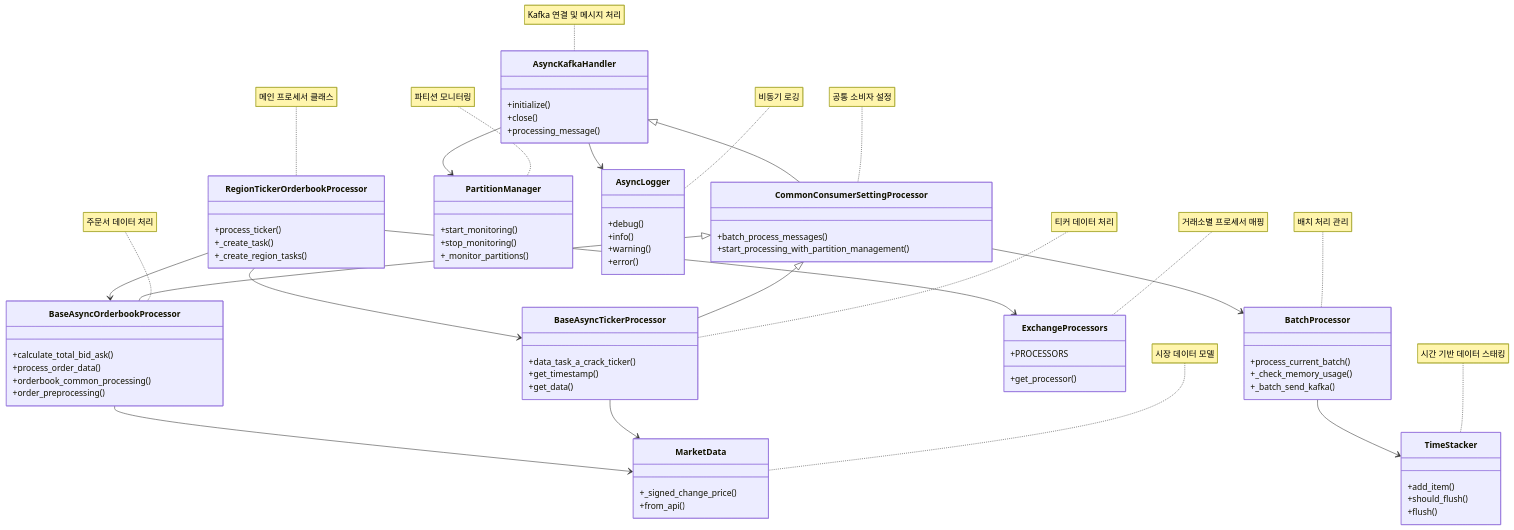
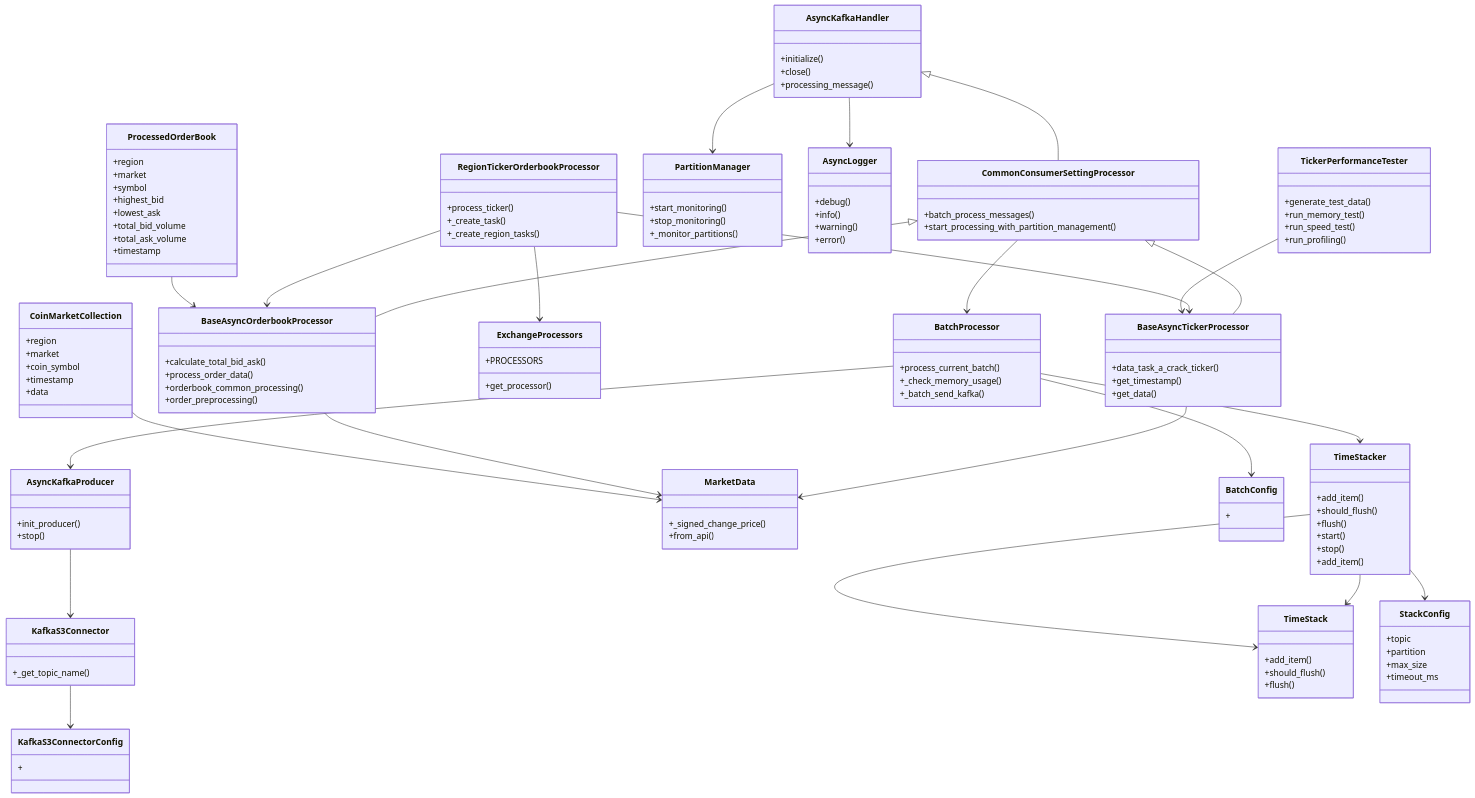
The diagram in README.md (MajorShareholderClub/MarketFirstPreprocessHub), drawn with Mermaid before and after one commit. The commit also changed other lines of this file, not shown here.

````diff
--- a/README.md
+++ b/README.md
@@ -75,6 +75,68 @@
         +from_api()
     }
 
+    class TickerPerformanceTester {
+        +generate_test_data()
+        +run_memory_test()
+        +run_speed_test()
+        +run_profiling()
+    }
+
+    class CoinMarketCollection {
+        +region
+        +market
+        +coin_symbol
+        +timestamp
+        +data
+    }
+
+    class ProcessedOrderBook {
+        +region
+        +market
+        +symbol
+        +highest_bid
+        +lowest_ask
+        +total_bid_volume
+        +total_ask_volume
+        +timestamp
+    }
+
+    class KafkaS3Connector {
+        +_get_topic_name()
+    }
+
+    class KafkaS3ConnectorConfig {
+        +<attributes>
+    }
+
+    class BatchConfig {
+        +<attributes>
+    }
+
+    class AsyncKafkaProducer {
+        +init_producer()
+        +stop()
+    }
+
+    class TimeStack {
+        +add_item()
+        +should_flush()
+        +flush()
+    }
+
+    class StackConfig {
+        +topic
+        +partition
+        +max_size
+        +timeout_ms
+    }
+
+    class TimeStacker {
+        +start()
+        +stop()
+        +add_item()
+    }
+
     AsyncKafkaHandler <|-- CommonConsumerSettingProcessor
     CommonConsumerSettingProcessor <|-- BaseAsyncTickerProcessor
     CommonConsumerSettingProcessor <|-- BaseAsyncOrderbookProcessor
@@ -90,16 +152,19 @@
 
     BaseAsyncTickerProcessor --> MarketData
     BaseAsyncOrderbookProcessor --> MarketData
-    
-    note for RegionTickerOrderbookProcessor "메인 프로세서 클래스"
-    note for AsyncKafkaHandler "Kafka 연결 및 메시지 처리"
-    note for CommonConsumerSettingProcessor "공통 소비자 설정"
-    note for BaseAsyncTickerProcessor "티커 데이터 처리"
-    note for BaseAsyncOrderbookProcessor "주문서 데이터 처리"
-    note for ExchangeProcessors "거래소별 프로세서 매핑"
-    note for BatchProcessor "배치 처리 관리"
-    note for TimeStacker "시간 기반 데이터 스태킹"
-    note for PartitionManager "파티션 모니터링"
-    note for AsyncLogger "비동기 로깅"
-    note for MarketData "시장 데이터 모델"
+
+    TickerPerformanceTester --> BaseAsyncTickerProcessor
+    CoinMarketCollection --> MarketData
+    ProcessedOrderBook --> BaseAsyncOrderbookProcessor
+
+    KafkaS3Connector --> KafkaS3ConnectorConfig
+
+    BatchProcessor --> BatchConfig
+    BatchProcessor --> AsyncKafkaProducer
+
+    TimeStacker --> TimeStack
+    TimeStacker --> StackConfig
+    TimeStacker --> TimeStack
+
+    AsyncKafkaProducer --> KafkaS3Connector
 ```
````
